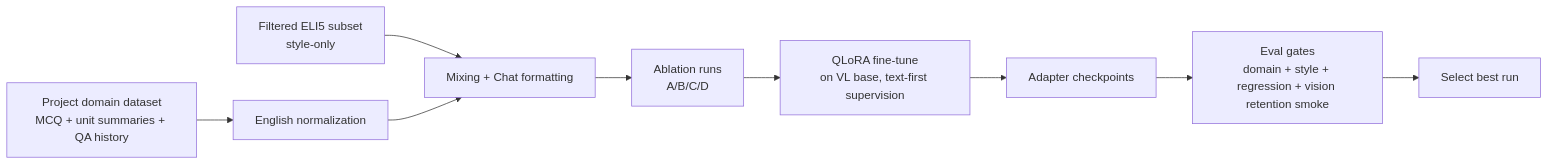
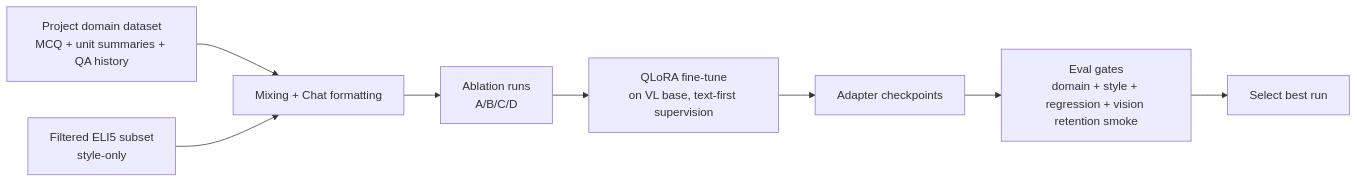
Before and after one commit to luannnguyenai/team49-backup: the diagram in fine-tune-chatbot/PIPELINE.md, drawn with Mermaid. The commit also changed other lines of this file, not shown here.

````diff
--- a/fine-tune-chatbot/PIPELINE.md
+++ b/fine-tune-chatbot/PIPELINE.md
@@ -9,11 +9,10 @@
 ```mermaid
 flowchart LR
-    A[Project domain dataset<br/>MCQ + unit summaries + QA history] --> B[English normalization]
-    E[Filtered ELI5 subset<br/>style-only] --> C[Mixing + Chat formatting]
-    B --> C
+    A[Project domain dataset<br/>MCQ + unit summaries + QA history] --> C[Mixing + Chat formatting]
+    E[Filtered ELI5 subset<br/>style-only] --> C
     C --> D[Ablation runs<br/>A/B/C/D]
     D --> F[QLoRA fine-tune<br/>on VL base, text-first supervision]
     F --> G[Adapter checkpoints]
     G --> H[Eval gates<br/>domain + style + regression + vision retention smoke]
     H --> I[Select best run]
 ```
````
